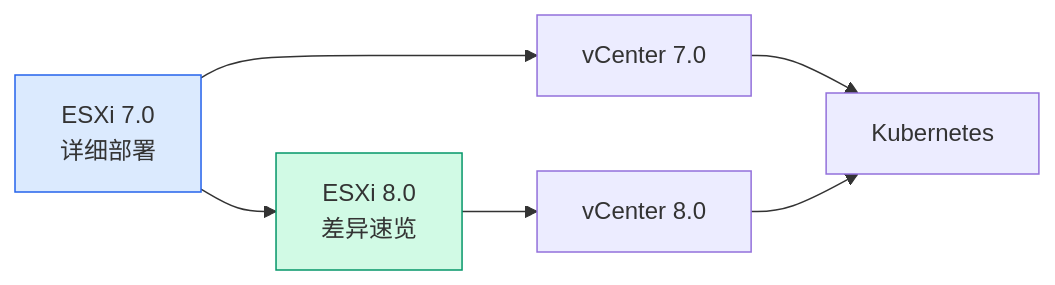
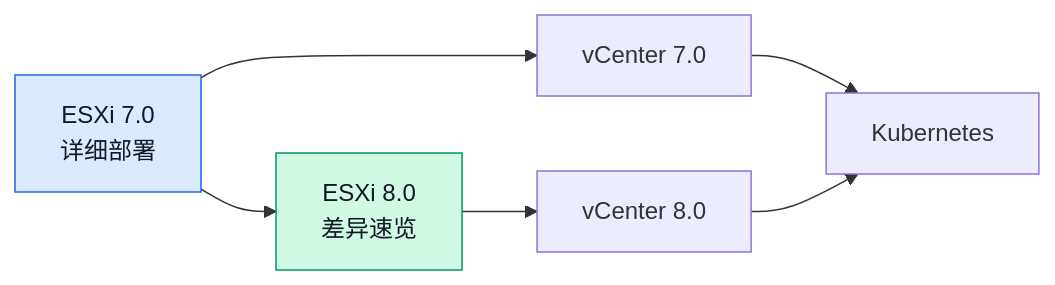
The diagram in docs/deployment/vmware/esxi-8.0.md (hfei929/1hair-labs), drawn with Mermaid before and after one commit. The commit also changed other lines of this file and 21 other files, not shown here.

Commit message:
添加 NetworkPolicy 文章以及优化之前文章中对站点图片引用失效的问题

````diff
--- a/docs/deployment/vmware/esxi-8.0.md
+++ b/docs/deployment/vmware/esxi-8.0.md
@@ -164,11 +158,11 @@
 ```mermaid
 flowchart LR
     A[ESXi 7.0<br>详细部署] --> B[ESXi 8.0<br>差异速览]
     A --> C[vCenter 7.0]
     B --> D[vCenter 8.0]
     C --> E[Kubernetes]
     D --> E
 
-    style A fill:#dbeafe,stroke:#2563eb
-    style B fill:#d1fae5,stroke:#059669
+    style A fill:#dbeafe,stroke:#2563eb,color:#111827
+    style B fill:#d1fae5,stroke:#059669,color:#111827
 ```
````
